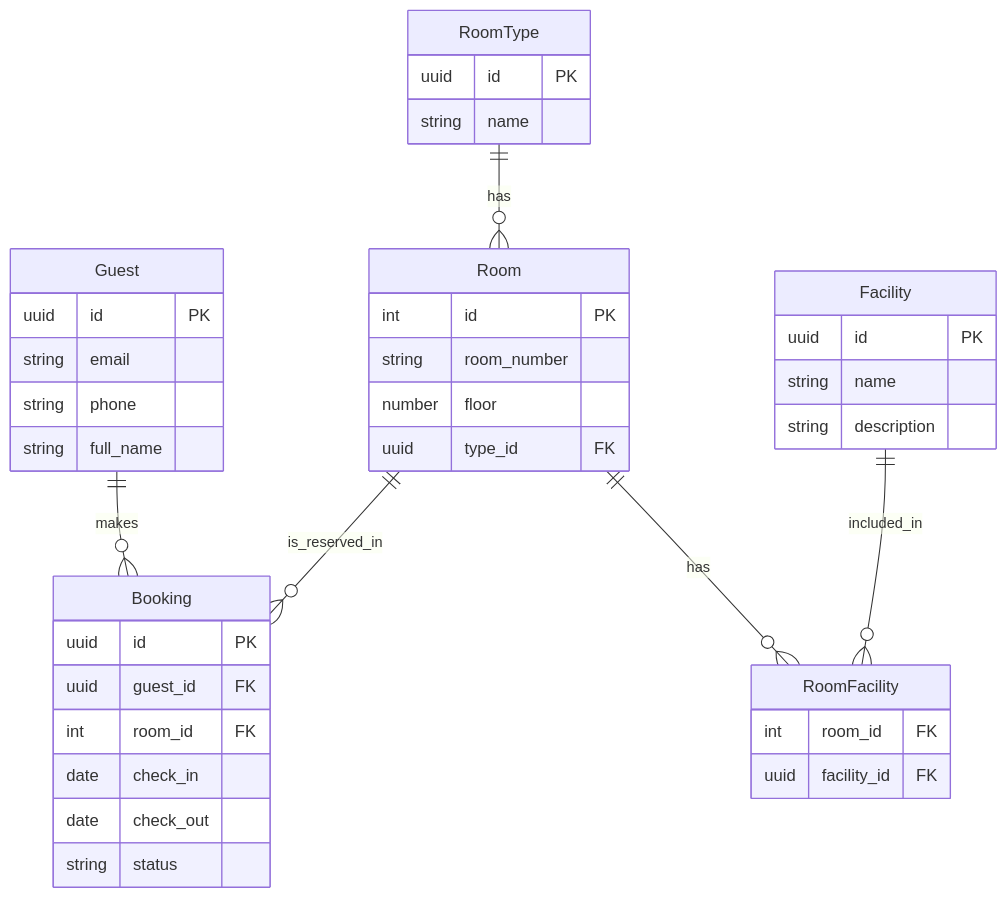
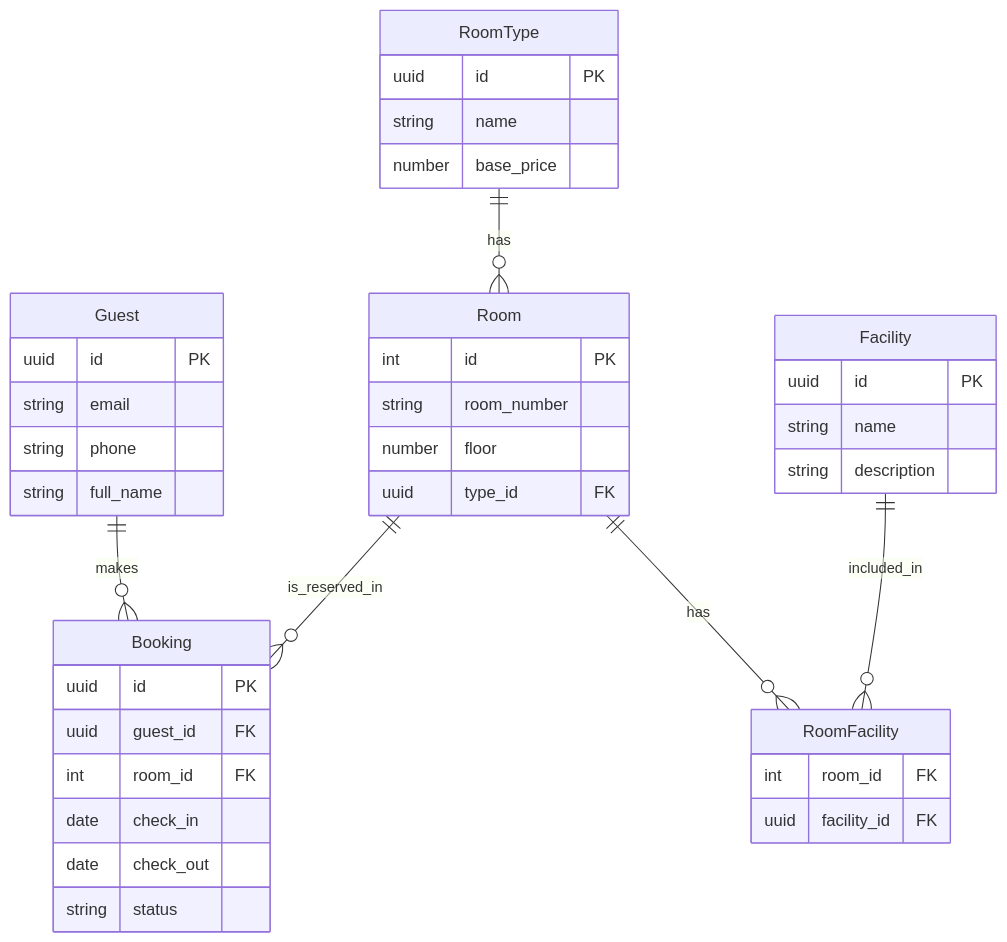
One commit to MrhyveR/Hotel-reservation-system changed the diagram in diagram.mermaid. Above: the diagram before and after it, drawn with Mermaid. The commit also changed 2 other files, not shown here.

Commit message:
add base_price attribute to RoomType in spec

```diff
--- a/diagram.mermaid
+++ b/diagram.mermaid
@@ -1,40 +1,41 @@
 erDiagram
     Guest {
         uuid id PK
         string email
         string phone
         string full_name
     }
     RoomType {
         uuid id PK
         string name
+        number base_price
     }
     Room {
         int id PK
         string room_number
         number floor
         uuid type_id FK
     }
     Facility {
         uuid id PK
         string name
         string description
     }
     RoomFacility {
         int room_id FK
         uuid facility_id FK
     }
     Booking {
         uuid id PK
         uuid guest_id FK
         int room_id FK
         date check_in
         date check_out
         string status
     }
 
     RoomType ||--o{ Room : "has"
     Room ||--o{ RoomFacility : "has"
     Facility ||--o{ RoomFacility : "included_in"
     Guest ||--o{ Booking : "makes"
     Room ||--o{ Booking : "is_reserved_in"
```
